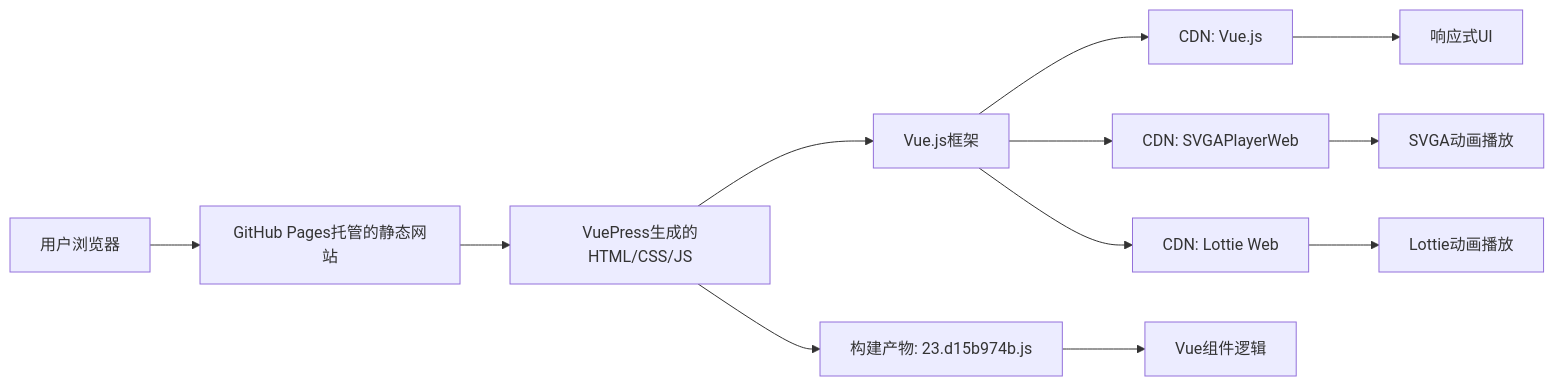
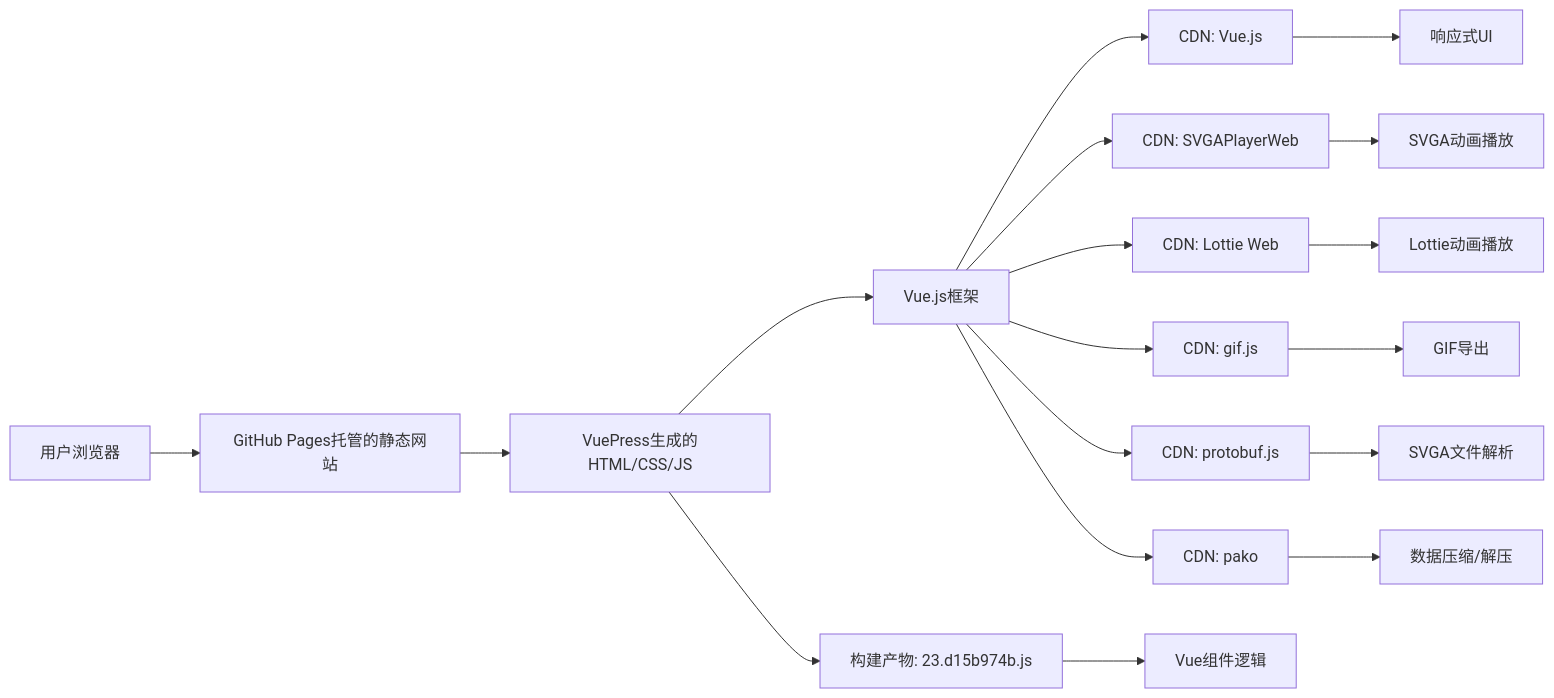
The second of 2 diagrams in .qoder/repowiki/zh/content/项目概述.md (vincentline/svga.preview), drawn with Mermaid before and after one commit. The commit also changed other lines of this file and 14 other files, not shown here.

````diff
--- a/.qoder/repowiki/zh/content/项目概述.md
+++ b/.qoder/repowiki/zh/content/项目概述.md
@@ -90,14 +145,20 @@
 ```mermaid
 graph LR
 A[用户浏览器] --> B[GitHub Pages托管的静态网站]
 B --> C[VuePress生成的HTML/CSS/JS]
 C --> D[Vue.js框架]
 D --> E[CDN: Vue.js]
 D --> F[CDN: SVGAPlayerWeb]
 D --> G[CDN: Lottie Web]
-E --> H[响应式UI]
-F --> I[SVGA动画播放]
-G --> J[Lottie动画播放]
-C --> K[构建产物: 23.d15b974b.js]
-K --> L[Vue组件逻辑]
+D --> H[CDN: gif.js]
+D --> I[CDN: protobuf.js]
+D --> J[CDN: pako]
+E --> K[响应式UI]
+F --> L[SVGA动画播放]
+G --> M[Lottie动画播放]
+H --> N[GIF导出]
+I --> O[SVGA文件解析]
+J --> P[数据压缩/解压]
+C --> Q[构建产物: 23.d15b974b.js]
+Q --> R[Vue组件逻辑]
 ```
````
